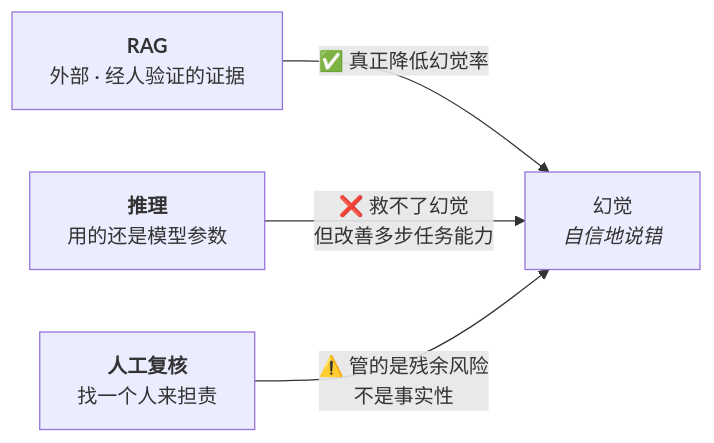
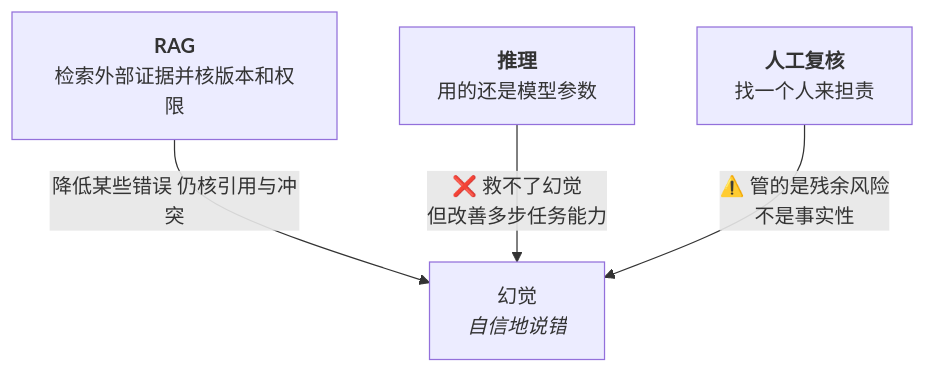
One commit to CercaTrovato/cityu-ai-course-notes changed the tenth of 10 diagrams in IS5542_GenAI_in_Business/notes/M01-导论-生成式AI基础与企业落地.md. Above: the diagram before and after it, drawn with Mermaid. The commit also changed other lines of this file and 116 other files, not shown here.

````diff
--- a/IS5542_GenAI_in_Business/notes/M01-导论-生成式AI基础与企业落地.md
+++ b/IS5542_GenAI_in_Business/notes/M01-导论-生成式AI基础与企业落地.md
@@ -1951,7 +2206,7 @@
 ```mermaid
-flowchart LR
+flowchart TD
     H["幻觉<br><i>自信地说错</i>"]
-    R["<b>RAG</b><br>外部 · 经人验证的证据"] -->|"✅ 真正降低幻觉率"| H
+    R["<b>RAG</b><br>检索外部证据并核版本和权限"] -->|"降低某些错误 仍核引用与冲突"| H
     RE["<b>推理</b><br>用的还是模型参数"] -->|"❌ 救不了幻觉<br>但改善多步任务能力"| H
     HR["<b>人工复核</b><br>找一个人来担责"] -->|"⚠️ 管的是残余风险<br>不是事实性"| H
 ```
````
